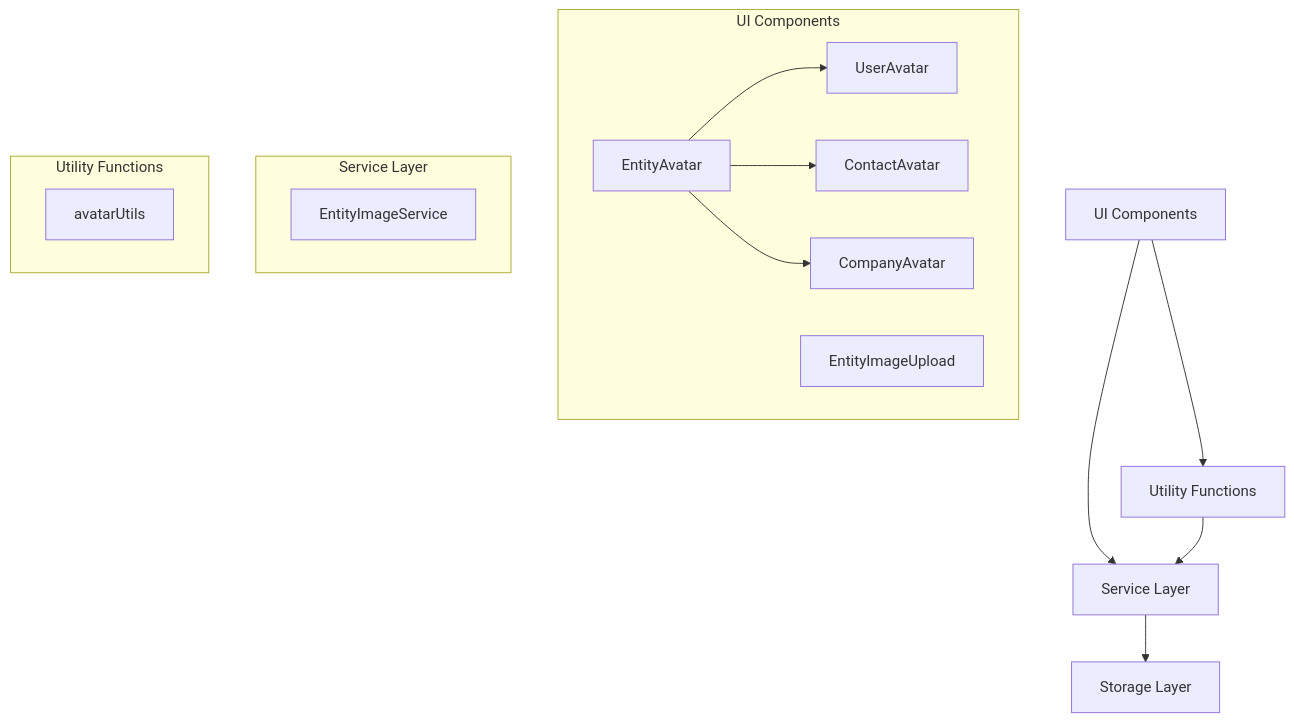
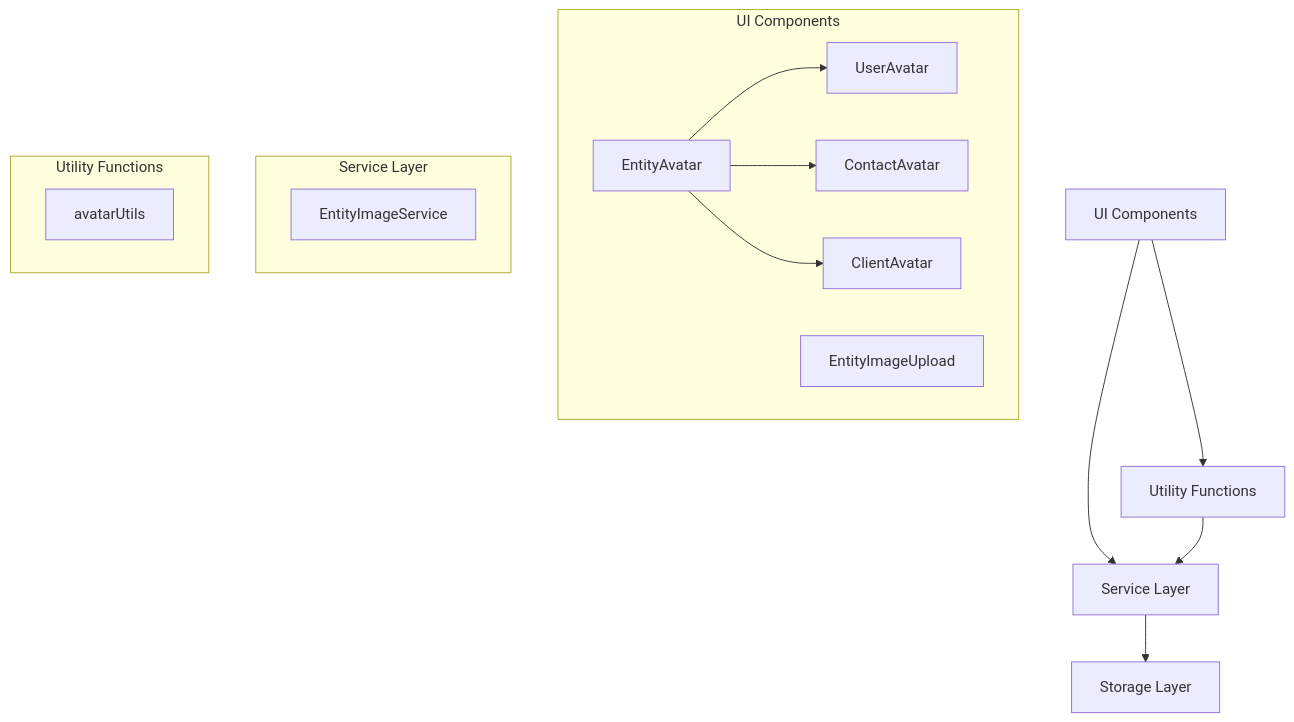
The first of 2 diagrams in docs/ui/avatar_system.md (Nine-Minds/alga-psa), drawn with Mermaid before and after one commit. The commit also changed other lines of this file and 7 other files, not shown here.

````diff
--- a/docs/ui/avatar_system.md
+++ b/docs/ui/avatar_system.md
@@ -13,22 +13,22 @@
 ```mermaid
 graph TD
     A[UI Components] --> B[Service Layer]
     B --> C[Storage Layer]
     A --> D[Utility Functions]
     D --> B
     
     subgraph "UI Components"
         A1[EntityAvatar] --> A2[UserAvatar]
         A1 --> A3[ContactAvatar]
-        A1 --> A4[CompanyAvatar]
+        A1 --> A4[ClientAvatar]
         A5[EntityImageUpload]
     end
     
     subgraph "Service Layer"
         B1[EntityImageService]
     end
     
     subgraph "Utility Functions"
         D1[avatarUtils]
     end
 ```
````
